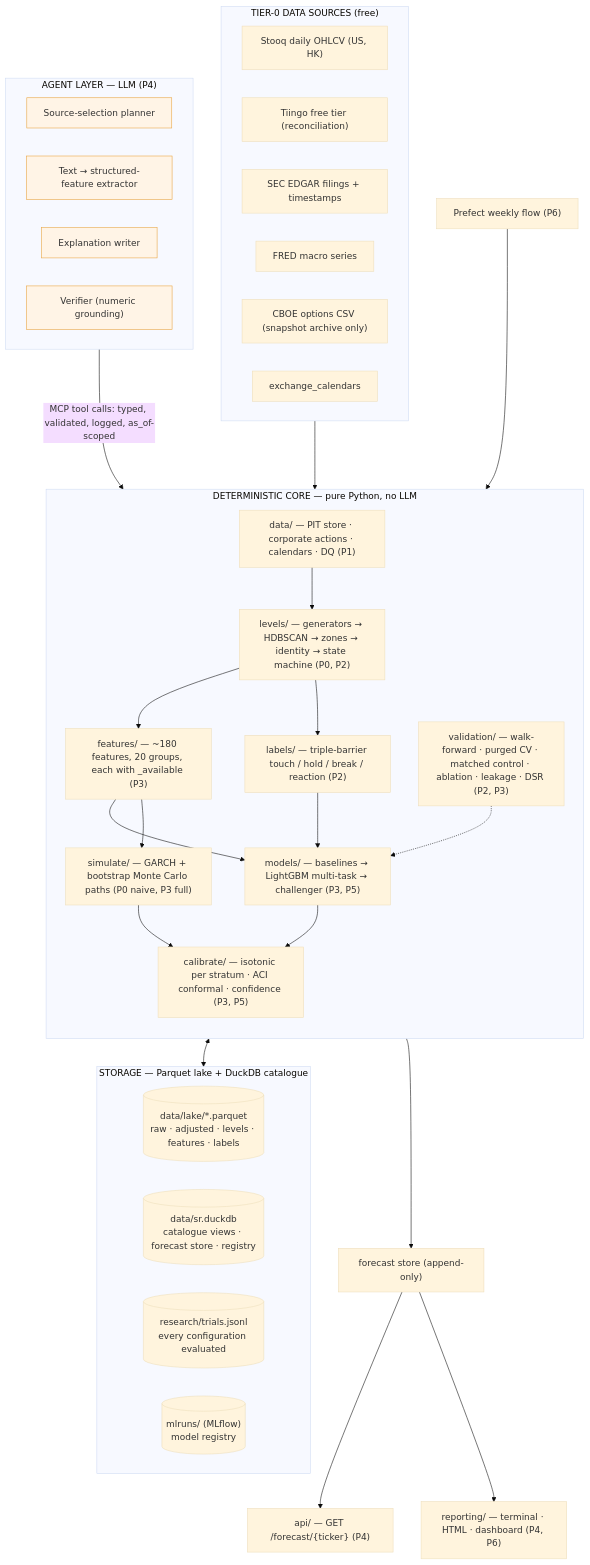
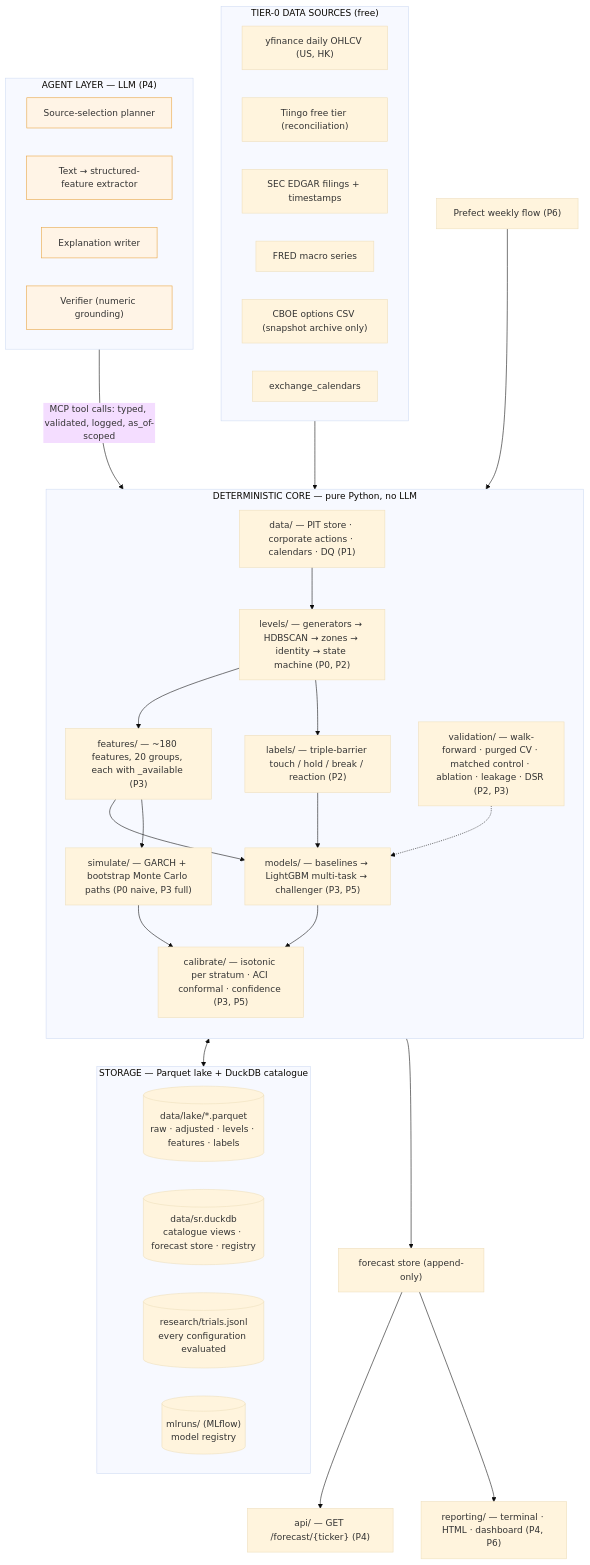
The first of 27 diagrams in docs/SR_Technical_Document.md (Neural-Matrix-LLC/Support-Resistance-Agent), drawn with Mermaid (base theme) before and after one commit. The commit also changed other lines of this file and 50 other files, not shown here.

````diff
--- a/docs/SR_Technical_Document.md
+++ b/docs/SR_Technical_Document.md
@@ -51,53 +51,57 @@
 ```mermaid
 flowchart TB
     subgraph AGENT["AGENT LAYER — LLM (P4)"]
         PLAN["Source-selection planner"]
         EXTRACT["Text → structured-feature extractor"]
         NARR["Explanation writer"]
         VERIFY["Verifier (numeric grounding)"]
     end
-
-    AGENT -- "MCP tool calls: typed, validated, logged, as_of-scoped" --> CORE
 
     subgraph CORE["DETERMINISTIC CORE — pure Python, no LLM"]
         direction TB
         DATA["data/ — PIT store · corporate actions · calendars · DQ (P1)"]
         LEVELS["levels/ — generators → HDBSCAN → zones → identity → state machine (P0, P2)"]
         FEAT["features/ — ~180 features, 20 groups, each with _available (P3)"]
         LABELS["labels/ — triple-barrier touch / hold / break / reaction (P2)"]
         MODELS["models/ — baselines → LightGBM multi-task → challenger (P3, P5)"]
         SIM["simulate/ — GARCH + bootstrap Monte Carlo paths (P0 naive, P3 full)"]
         CAL["calibrate/ — isotonic per stratum · ACI conformal · confidence (P3, P5)"]
         VAL["validation/ — walk-forward · purged CV · matched control · ablation · leakage · DSR (P2, P3)"]
         DATA --> LEVELS --> FEAT --> MODELS --> CAL
         LEVELS --> LABELS --> MODELS
         FEAT --> SIM --> CAL
         VAL -.-> MODELS
     end
 
     subgraph STORE["STORAGE — Parquet lake + DuckDB catalogue"]
-        LAKE[("data/lake/*.parquet\nraw · adjusted · levels · features · labels")]
-        DUCK[("data/sr.duckdb\ncatalogue views · forecast store · registry")]
-        TRIALS[("research/trials.jsonl\nevery configuration evaluated")]
-        MLF[("mlruns/ (MLflow)\nmodel registry")]
+        LAKE[("data/lake/*.parquet<br/>raw · adjusted · levels · features · labels")]
+        DUCK[("data/sr.duckdb<br/>catalogue views · forecast store · registry")]
+        TRIALS[("research/trials.jsonl<br/>every configuration evaluated")]
+        MLF[("mlruns/ (MLflow)<br/>model registry")]
     end
 
     subgraph SRC["TIER-0 DATA SOURCES (free)"]
-        STOOQ["Stooq daily OHLCV (US, HK)"]
+        STOOQ["yfinance daily OHLCV (US, HK)"]
         TIINGO["Tiingo free tier (reconciliation)"]
         EDGAR["SEC EDGAR filings + timestamps"]
         FRED["FRED macro series"]
         CBOE["CBOE options CSV (snapshot archive only)"]
         XCAL["exchange_calendars"]
     end
 
+    FS["forecast store (append-only)"]
+    API["api/ — GET /forecast/#123;ticker#125; (P4)"]
+    REPORT["reporting/ — terminal · HTML · dashboard (P4, P6)"]
+    SCHED["Prefect weekly flow (P6)"]
+
+    AGENT -- "MCP tool calls: typed, validated, logged, as_of-scoped" --> CORE
     SRC --> DATA
     CORE <--> STORE
-    CAL --> FS["forecast store (append-only)"]
-    FS --> API["api/ — GET /forecast/{ticker} (P4)"]
-    FS --> REPORT["reporting/ — terminal · HTML · dashboard (P4, P6)"]
-    SCHED["Prefect weekly flow (P6)"] --> CORE
+    CAL --> FS
+    FS --> API
+    FS --> REPORT
+    SCHED --> CORE
 
     classDef llm fill:#fff4e6,stroke:#e8a33d
     class PLAN,EXTRACT,NARR,VERIFY llm
 ```
````
